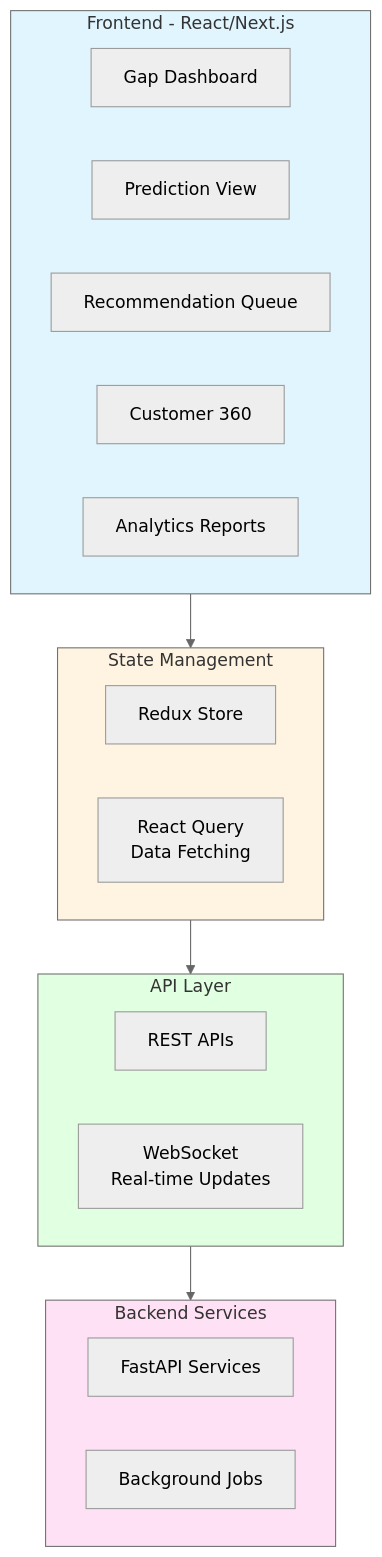
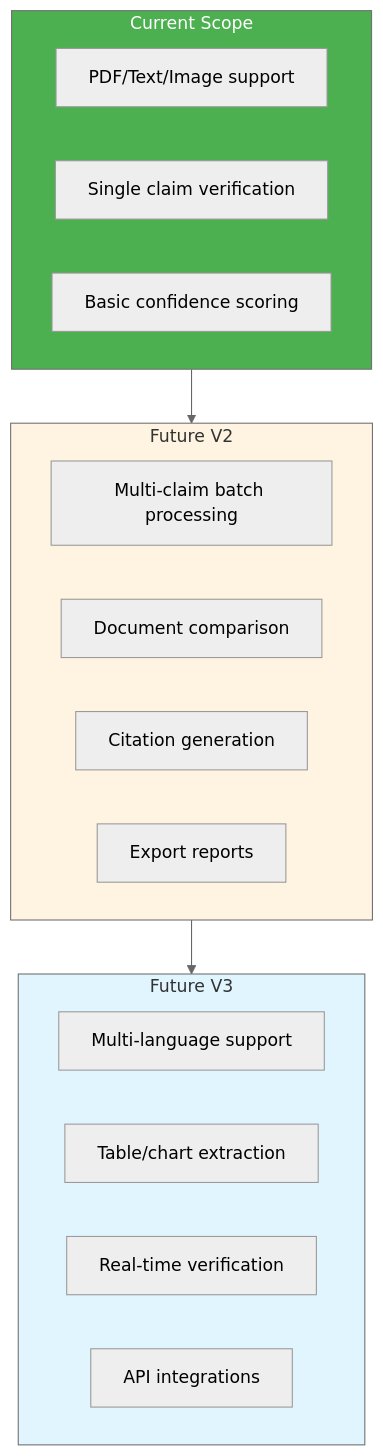
Before and after one commit to Krish-Om/contradiction-detection-system: the eighth of 8 diagrams in docs/02_technical_architecture.md, drawn with Mermaid (neutral theme). The commit also changed other lines of this file and 5 other files, not shown here.

````diff
--- a/docs/02_technical_architecture.md
+++ b/docs/02_technical_architecture.md
@@ -798,34 +1098,28 @@
 ```mermaid
 graph TB
-    subgraph Frontend["Frontend - React/Next.js"]
-        UI1[Gap Dashboard]
-        UI2[Prediction View]
-        UI3[Recommendation Queue]
-        UI4[Customer 360]
-        UI5[Analytics Reports]
+    subgraph Phase1["Current Scope"]
+        P1[PDF/Text/Image support]
+        P2[Single claim verification]
+        P3[Basic confidence scoring]
     end
-    
-    subgraph State["State Management"]
-        Redux[Redux Store]
-        RQ[React Query<br/>Data Fetching]
+
+    subgraph Phase2["Future V2"]
+        F1[Multi-claim batch processing]
+        F2[Document comparison]
+        F3[Citation generation]
+        F4[Export reports]
     end
-    
-    subgraph API["API Layer"]
-        REST[REST APIs]
-        WS[WebSocket<br/>Real-time Updates]
+
+    subgraph Phase3["Future V3"]
+        F5[Multi-language support]
+        F6[Table/chart extraction]
+        F7[Real-time verification]
+        F8[API integrations]
     end
-    
-    subgraph Backend["Backend Services"]
-        FastAPI[FastAPI Services]
-        Jobs[Background Jobs]
-    end
-    
-    Frontend --> State
-    State --> API
-    API --> Backend
-    
-    style Frontend fill:#e1f5ff
-    style State fill:#fff4e1
-    style API fill:#e1ffe1
-    style Backend fill:#ffe1f5
+
+    Phase1 --> Phase2 --> Phase3
+
+    style Phase1 fill:#4caf50,color:#fff
+    style Phase2 fill:#fff4e1
+    style Phase3 fill:#e1f5ff
 ```
````
